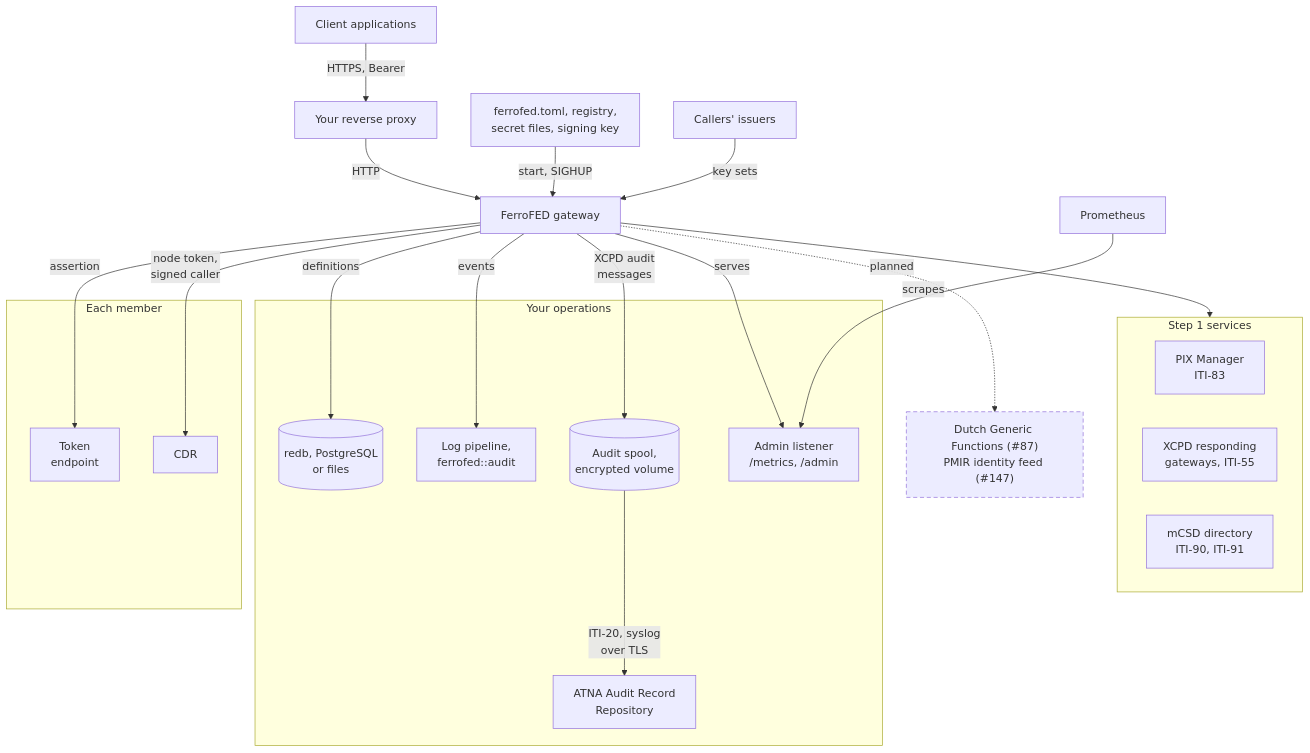
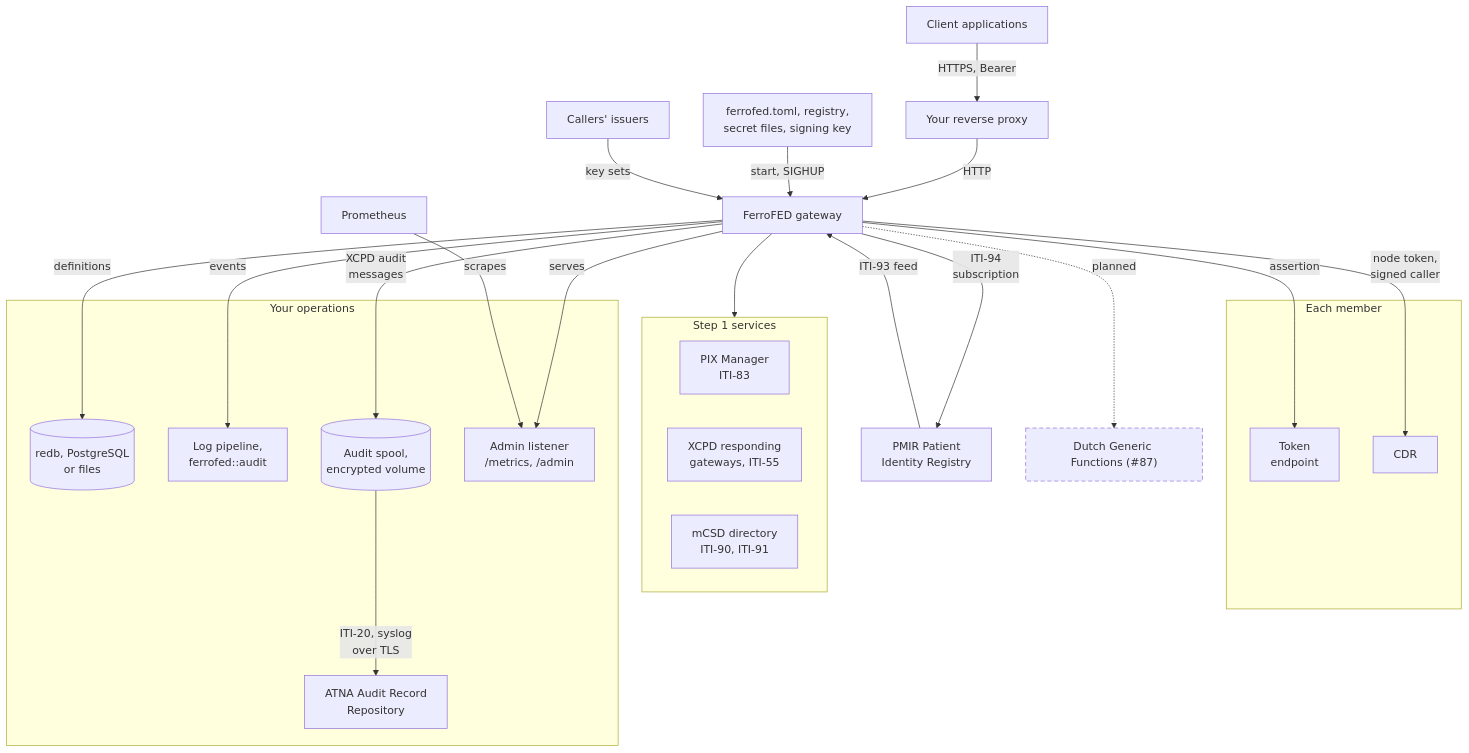
Before and after one commit to FerroHEALTH/FerroFED: the second of 3 diagrams in website/book/src/how-it-works/deployment.md, drawn with Mermaid. The commit also changed other lines of this file and 61 other files, not shown here.

Commit message:
feat(identity): drive the identity-lifecycle hook from a PMIR ITI-94 subscription and ITI-93 feed (#147)

````diff
--- a/website/book/src/how-it-works/deployment.md
+++ b/website/book/src/how-it-works/deployment.md
@@ -61,34 +61,36 @@
 ```mermaid
 flowchart TB
     classDef planned stroke-dasharray: 6 4
     clients["Client applications"] -->|"HTTPS, Bearer"| proxy["Your reverse proxy"]
     proxy -->|"HTTP"| gw["FerroFED gateway"]
     cfg["ferrofed.toml, registry,<br/>secret files, signing key"] -->|"start, SIGHUP"| gw
     issuers["Callers' issuers"] -->|"key sets"| gw
     subgraph identity["Step 1 services"]
         pix["PIX Manager<br/>ITI-83"]
         xcpd["XCPD responding<br/>gateways, ITI-55"]
         mcsd["mCSD directory<br/>ITI-90, ITI-91"]
     end
     subgraph member["Each member"]
         tok["Token<br/>endpoint"]
         cdr["CDR"]
     end
     subgraph ops["Your operations"]
         store[("redb, PostgreSQL<br/>or files")]
         logs["Log pipeline,<br/>ferrofed::audit"]
         spool[("Audit spool,<br/>encrypted volume")]
         arr["ATNA Audit Record<br/>Repository"]
         admin["Admin listener<br/>/metrics, /admin"]
     end
     gw --> identity
     gw -->|"assertion"| tok
     gw -->|"node token,<br/>signed caller"| cdr
     gw -->|"definitions"| store
     gw -->|"events"| logs
     gw -->|"XCPD audit<br/>messages"| spool
     spool -->|"ITI-20, syslog<br/>over TLS"| arr
     gw -->|"serves"| admin
+    pmir["PMIR Patient<br/>Identity Registry"] -->|"ITI-93 feed"| gw
+    gw -->|"ITI-94<br/>subscription"| pmir
     prom["Prometheus"] -->|"scrapes"| admin
-    gw -.->|"planned"| planned["Dutch Generic Functions (#87)<br/>PMIR identity feed (#147)"]:::planned
+    gw -.->|"planned"| planned["Dutch Generic Functions (#87)"]:::planned
 ```
````
